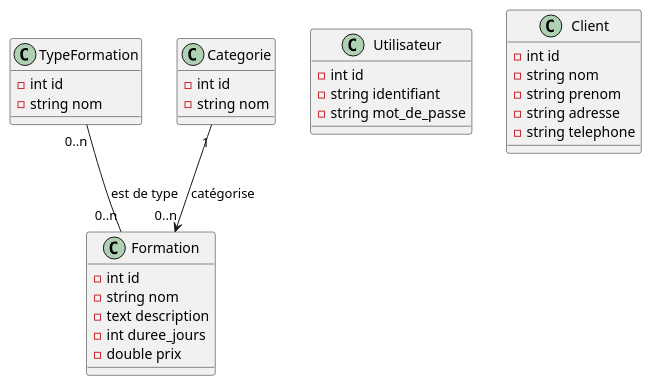
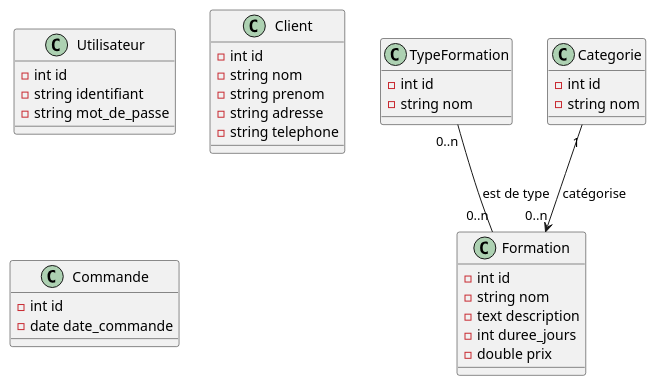
The diagram in doc/uml/2-class/goncourt-class.puml (DucasseRafael91/VenteFormation), drawn with PlantUML before and after one commit.

Commit message:
Ajout de la table Commande dans le diagramme de classe

```diff
--- a/doc/uml/2-class/goncourt-class.puml
+++ b/doc/uml/2-class/goncourt-class.puml
@@ -1,38 +1,43 @@
 @startuml VenteFormation
 
 class Formation {
     -int id
     -string nom
     -text description
     -int duree_jours
     -double prix
 }
 
 class TypeFormation {
     -int id
     -string nom
 }
 
 class Categorie {
     -int id
     -string nom
 }
 
 class Utilisateur {
     -int id
     -string identifiant
     -string mot_de_passe
 }
 
 class Client {
     -int id
     -string nom
     -string prenom
     -string adresse
     -string telephone
 }
 
+class Commande {
+    -int id
+    -date date_commande
+}
+
 Categorie "1" --> "0..n" Formation : catégorise
 TypeFormation "0..n" -- "0..n" Formation : est de type
 
 @enduml
```
